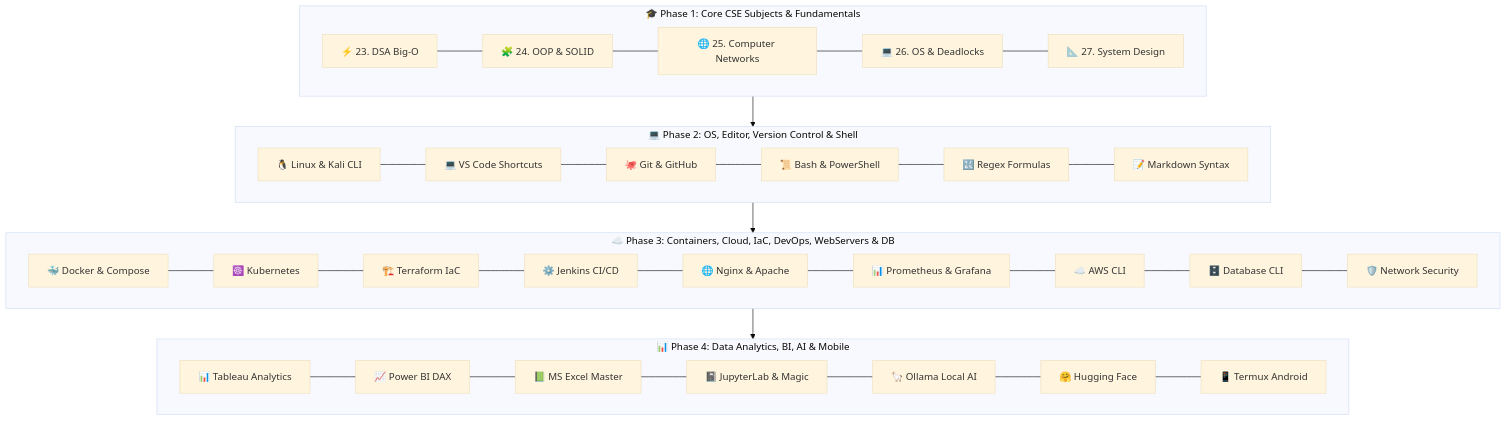
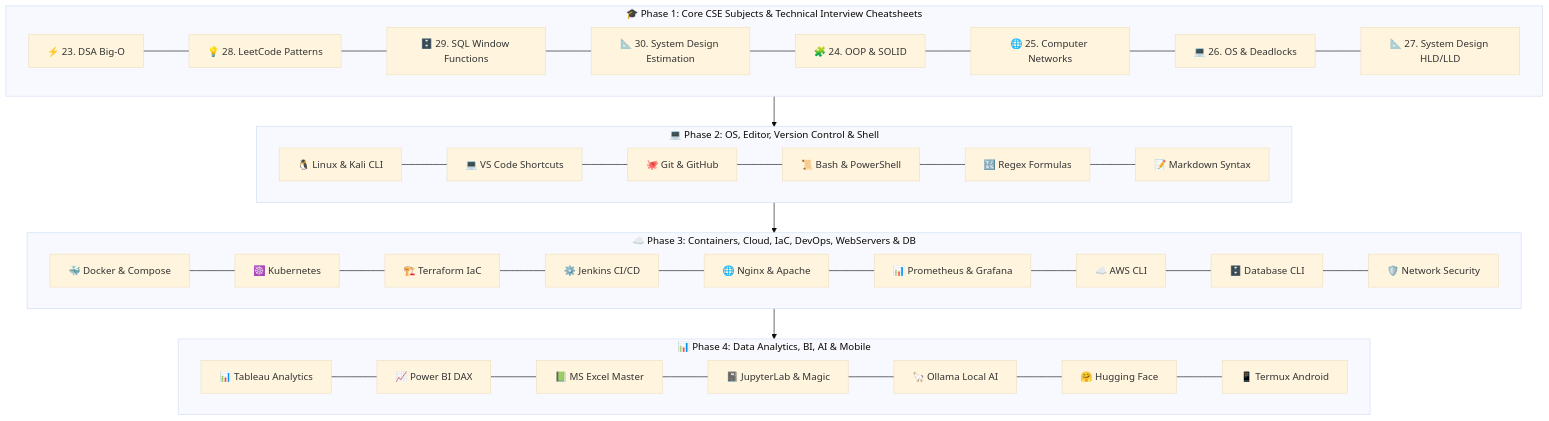
One commit to techindro/Penetration-testing-toolkit changed the diagram in README.md. Above: the diagram before and after it, drawn with Mermaid (base theme). The commit also changed other lines of this file and 3 other files, not shown here.

Commit message:
feat: expand BugFix FM to 30 Master Modules including MAANG Technical Interview Cheatsheets (LeetCode Patterns, SQL Window Functions, System Design Back-of-envelope Estimation)

````diff
--- a/README.md
+++ b/README.md
@@ -34,20 +34,20 @@
 ```mermaid
 graph TD
-    subgraph Phase1["🎓 Phase 1: Core CSE Subjects & Fundamentals"]
-        A1["⚡ 23. DSA Big-O"] --- A2["🧩 24. OOP & SOLID"] --- A3["🌐 25. Computer Networks"] --- A4["💻 26. OS & Deadlocks"] --- A5["📐 27. System Design"]
+    subgraph Phase1["🎓 Phase 1: Core CSE Subjects & Technical Interview Cheatsheets"]
+        A1["⚡ 23. DSA Big-O"] --- A2["💡 28. LeetCode Patterns"] --- A3["🗄️ 29. SQL Window Functions"] --- A4["📐 30. System Design Estimation"] --- A5["🧩 24. OOP & SOLID"] --- A6["🌐 25. Computer Networks"] --- A7["💻 26. OS & Deadlocks"] --- A8["📐 27. System Design HLD/LLD"]
     end
 
     subgraph Phase2["💻 Phase 2: OS, Editor, Version Control & Shell"]
         B1["🐧 Linux & Kali CLI"] --- B2["💻 VS Code Shortcuts"] --- B3["🐙 Git & GitHub"] --- B4["📜 Bash & PowerShell"] --- B5["🔣 Regex Formulas"] --- B6["📝 Markdown Syntax"]
     end
 
     subgraph Phase3["☁️ Phase 3: Containers, Cloud, IaC, DevOps, WebServers & DB"]
         C1["🐳 Docker & Compose"] --- C2["☸️ Kubernetes"] --- C3["🏗️ Terraform IaC"] --- C4["⚙️ Jenkins CI/CD"] --- C5["🌐 Nginx & Apache"] --- C6["📊 Prometheus & Grafana"] --- C7["☁️ AWS CLI"] --- C8["🗄️ Database CLI"] --- C9["🛡️ Network Security"]
     end
 
     subgraph Phase4["📊 Phase 4: Data Analytics, BI, AI & Mobile"]
         D1["📊 Tableau Analytics"] --- D2["📈 Power BI DAX"] --- D3["📗 MS Excel Master"] --- D4["📓 JupyterLab & Magic"] --- D5["🦙 Ollama Local AI"] --- D6["🤗 Hugging Face"] --- D7["📱 Termux Android"]
     end
 
     Phase1 --> Phase2 --> Phase3 --> Phase4
 ```
````
